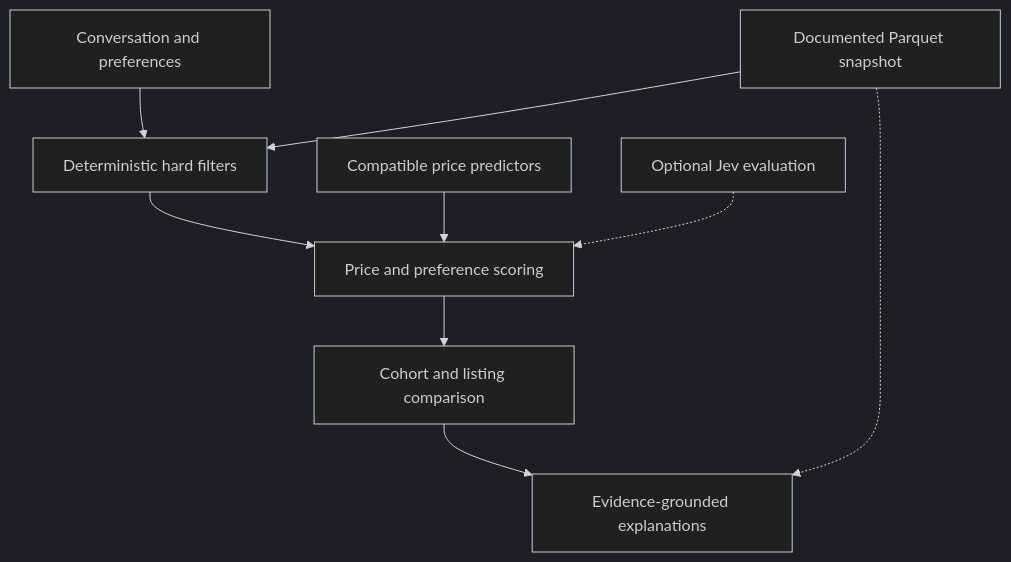
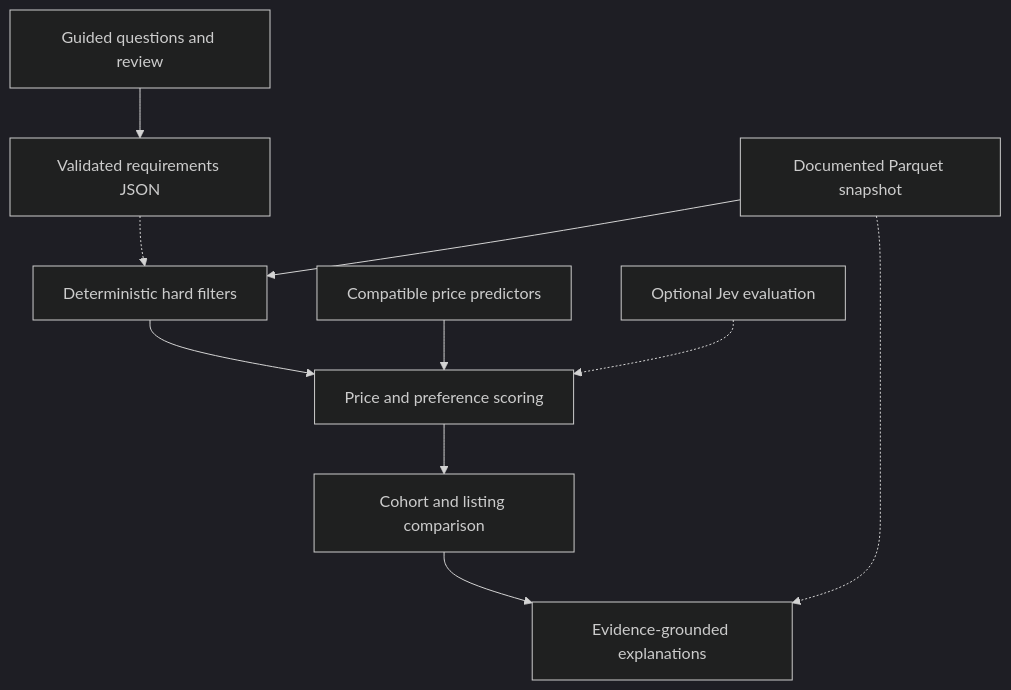
One commit to danielrdgez/DataScience_Capstone_Cars changed the tenth of 11 diagrams in README.md. Above: the diagram before and after it, drawn with Mermaid (dark theme). The commit also changed other lines of this file and 57 other files, not shown here.

````diff
--- a/README.md
+++ b/README.md
@@ -215,19 +652,21 @@
 ```mermaid
 flowchart TB
-  C["Conversation and preferences"]
+  C["Guided questions and review"]
+  Q["Validated requirements JSON"]
   D["Documented Parquet snapshot"]
   F["Deterministic hard filters"]
   M["Compatible price predictors"]
   S["Price and preference scoring"]
   J["Optional Jev evaluation"]
   R["Cohort and listing comparison"]
   E["Evidence-grounded explanations"]
-  C --> F
+  C --> Q
+  Q -.-> F
   D --> F
   F --> S
   M --> S
   J -.-> S
   S --> R
   R --> E
   D -.-> E
 ```
````
